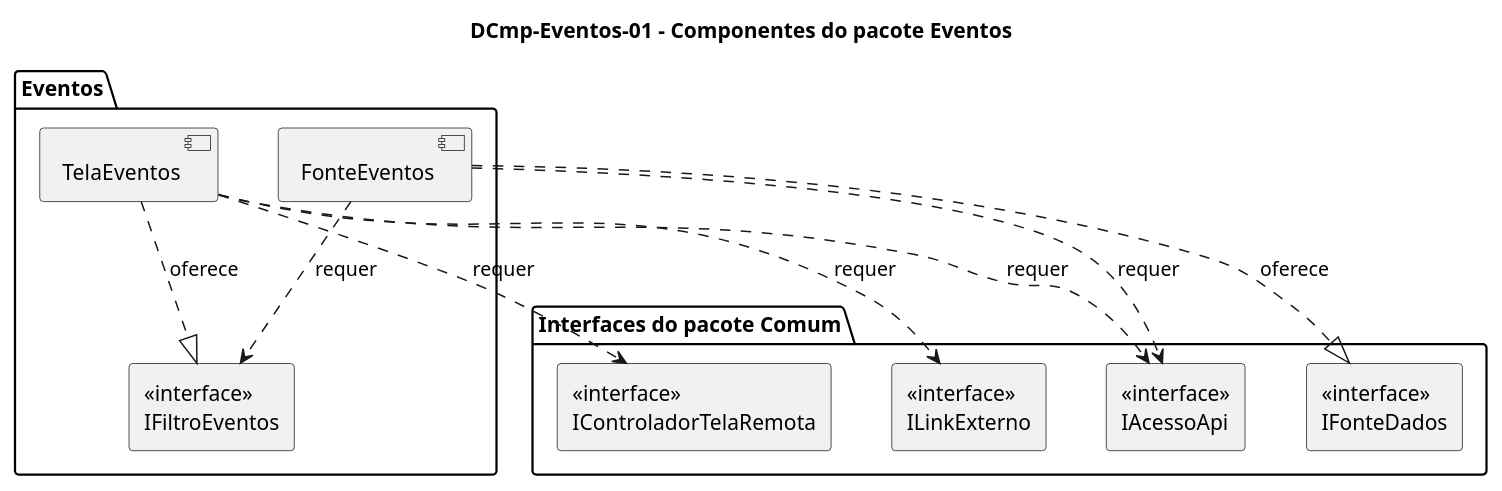
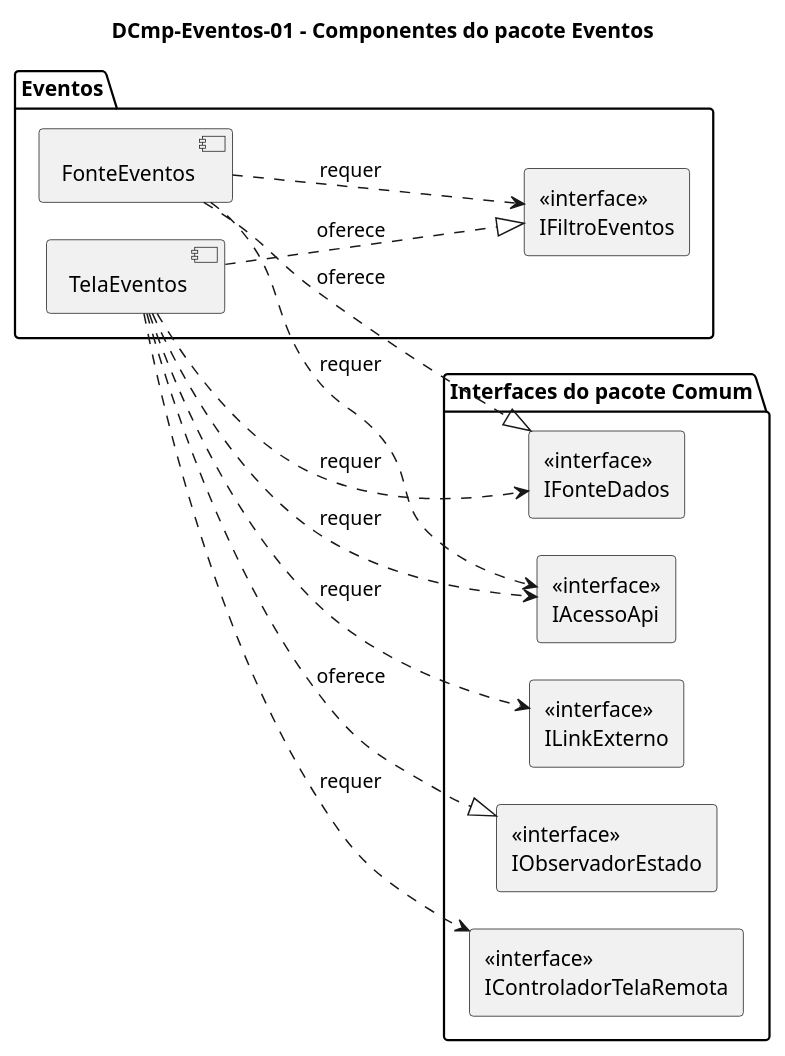
The diagram in Eventos/DCmp-Eventos-01.puml (joseduardogon/Minha_UFG_Grupo_Cinza), drawn with PlantUML before and after one commit. The commit also changed 43 other files, not shown here.

```diff
--- a/Eventos/DCmp-Eventos-01.puml
+++ b/Eventos/DCmp-Eventos-01.puml
@@ -1,28 +1,32 @@
 @startuml DCmp-Eventos-01
 title DCmp-Eventos-01 – Componentes do pacote Eventos
 skinparam componentStyle uml2
-skinparam nodesep 40
-skinparam ranksep 70
+skinparam nodesep 25
+skinparam ranksep 110
+left to right direction
 
 package "Eventos" {
   component "TelaEventos" as Tela
   component "FonteEventos" as Fonte
   rectangle "<<interface>>\nIFiltroEventos" as IFiltro
 }
 
 package "Interfaces do pacote Comum" {
   rectangle "<<interface>>\nIControladorTelaRemota" as IControlador
   rectangle "<<interface>>\nILinkExterno" as ILinkExterno
   rectangle "<<interface>>\nIFonteDados" as IFonteDados
+  rectangle "<<interface>>\nIObservadorEstado" as IObservador
   rectangle "<<interface>>\nIAcessoApi" as IAcessoApi
 }
 
 Tela ..|> IFiltro : oferece
+Tela ..|> IObservador : oferece
 Fonte ..|> IFonteDados : oferece
 
 Tela ..> IControlador : requer
+Tela ..> IFonteDados : requer
 Tela ..> ILinkExterno : requer
 Tela ..> IAcessoApi : requer
 Fonte ..> IAcessoApi : requer
 Fonte ..> IFiltro : requer
 @enduml
```
